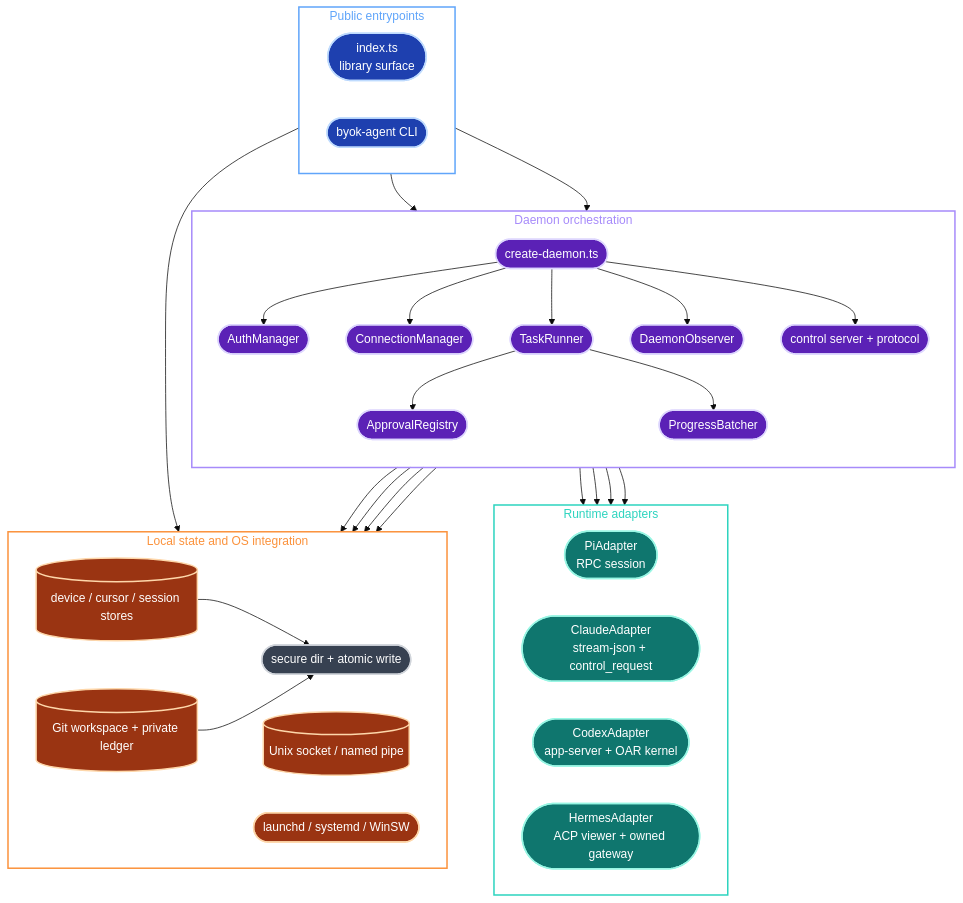
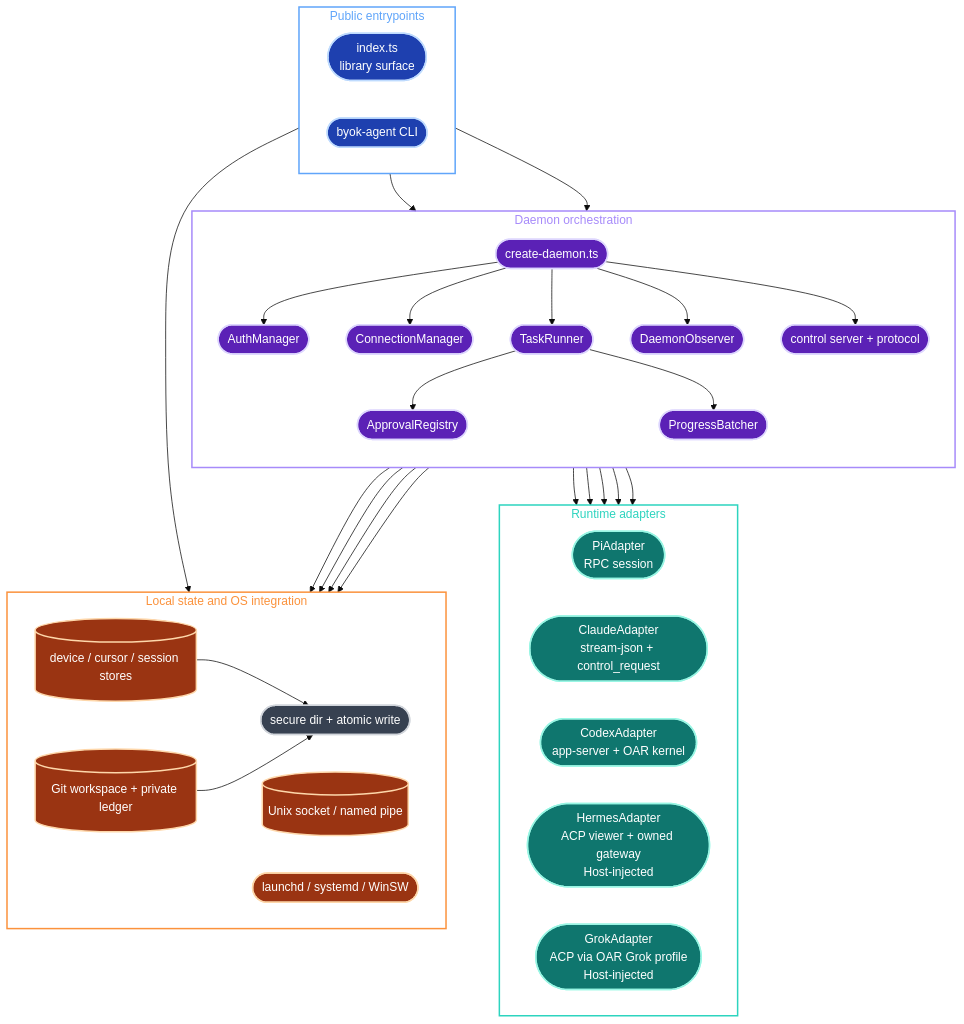
The sixth of 22 diagrams in docs/architecture/sdk-architecture.md (Ancienttwo/byok-sdk), drawn with Mermaid (base theme) before and after one commit. The commit also changed other lines of this file and 10 other files, not shown here.

First line of the commit message:
docs(architecture): align sdk-architecture.md with the source, and retire three no-op scripts (#927, #925 phase 0)

````diff
--- a/docs/architecture/sdk-architecture.md
+++ b/docs/architecture/sdk-architecture.md
@@ -456,69 +468,71 @@
 ```mermaid
 flowchart TB
   classDef cli fill:#1e40af,stroke:#bfdbfe,stroke-width:2px,color:#fff
   classDef daemon fill:#5b21b6,stroke:#ddd6fe,stroke-width:2px,color:#fff
   classDef adapter fill:#0f766e,stroke:#99f6e4,stroke-width:2px,color:#fff
   classDef local fill:#9a3412,stroke:#fed7aa,stroke-width:2px,color:#fff
   classDef utility fill:#374151,stroke:#d1d5db,stroke-width:2px,color:#fff
 
   subgraph Entry["Public entrypoints"]
     direction LR
     API(["index.ts<br/>library surface"]):::cli
     AgentCLI(["byok-agent CLI"]):::cli
   end
 
   subgraph Core["Daemon orchestration"]
     direction TB
     Create(["create-daemon.ts"]):::daemon
     Auth(["AuthManager"]):::daemon
     Conn(["ConnectionManager"]):::daemon
     Runner(["TaskRunner"]):::daemon
     Observer(["DaemonObserver"]):::daemon
     Control(["control server + protocol"]):::daemon
     Approval(["ApprovalRegistry"]):::daemon
     Batch(["ProgressBatcher"]):::daemon
   end
 
   subgraph Runtime["Runtime adapters"]
     direction LR
     Pi(["PiAdapter<br/>RPC session"]):::adapter
     Claude(["ClaudeAdapter<br/>stream-json + control_request"]):::adapter
     Codex(["CodexAdapter<br/>app-server + OAR kernel"]):::adapter
-    Hermes(["HermesAdapter<br/>ACP viewer + owned gateway"]):::adapter
+    Hermes(["HermesAdapter<br/>ACP viewer + owned gateway<br/>Host-injected"]):::adapter
+    Grok(["GrokAdapter<br/>ACP via OAR Grok profile<br/>Host-injected"]):::adapter
   end
 
   subgraph Local["Local state and OS integration"]
     direction LR
     Stores[("device / cursor / session stores")]:::local
     Git[("Git workspace + private ledger")]:::local
     IPC[("Unix socket / named pipe")]:::local
     Service(["launchd / systemd / WinSW"]):::local
     Secure(["secure dir + atomic write"]):::utility
   end
 
   API --> Create
   AgentCLI --> Create
   AgentCLI --> Service
   Create --> Auth
   Create --> Conn
   Create --> Runner
   Create --> Observer
   Create --> Control
   Runner --> Approval
   Runner --> Batch
   Runner --> Pi
   Runner --> Claude
   Runner --> Codex
   Runner --> Hermes
+  Runner --> Grok
   Auth --> Stores
   Conn --> Stores
   Runner --> Git
   Control --> IPC
   Stores --> Secure
   Git --> Secure
 
   style Entry fill:none,stroke:#60a5fa,stroke-width:2px,color:#60a5fa
   style Core fill:none,stroke:#a78bfa,stroke-width:2px,color:#a78bfa
   style Runtime fill:none,stroke:#2dd4bf,stroke-width:2px,color:#2dd4bf
   style Local fill:none,stroke:#fb923c,stroke-width:2px,color:#fb923c
 ```
````
